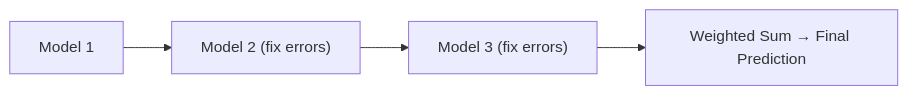
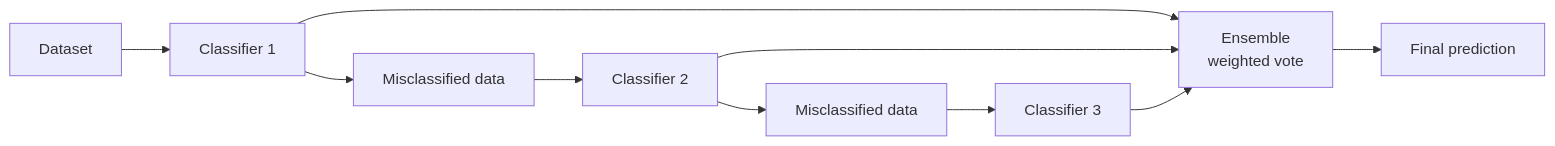
One commit to SureshAmal/learnmaker changed the ninth of 17 diagrams in ml-course/unit-2.md. Above: the diagram before and after it, drawn with Mermaid. The commit also changed other lines of this file and 668 other files, not shown here.

````diff
--- a/ml-course/unit-2.md
+++ b/ml-course/unit-2.md
@@ -273,6 +659,12 @@
 ```mermaid
 flowchart LR
-    A["Model 1"] --> B["Model 2 (fix errors)"]
-    B --> C["Model 3 (fix errors)"]
-    C --> D["Weighted Sum → Final Prediction"]
+    D["Dataset"] --> C1["Classifier 1"]
+    C1 --> M1["Misclassified data"]
+    M1 --> C2["Classifier 2"]
+    C2 --> M2["Misclassified data"]
+    M2 --> C3["Classifier 3"]
+    C1 --> EN["Ensemble<br/>weighted vote"]
+    C2 --> EN
+    C3 --> EN
+    EN --> FP["Final prediction"]
 ```
````
